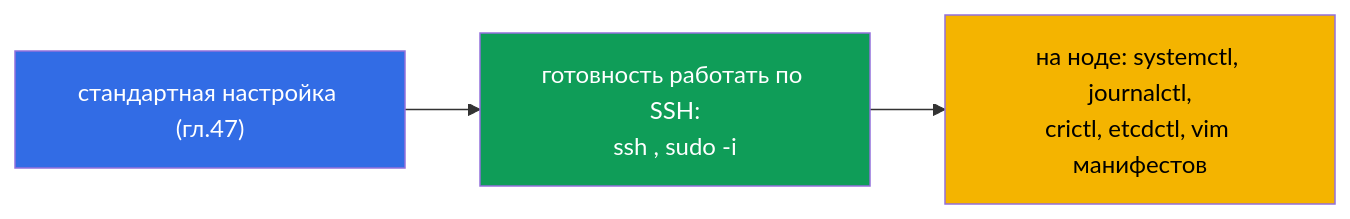
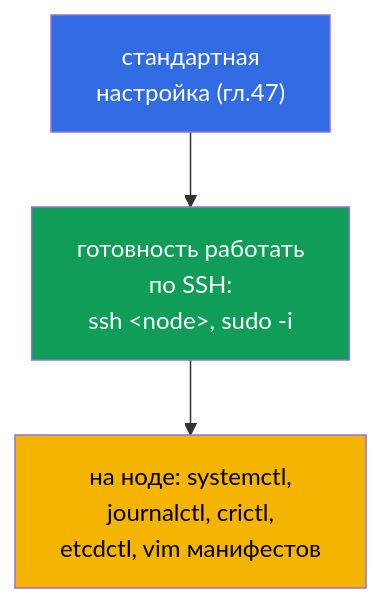
One commit to ViktorUJ/cks changed the third of 8 diagrams in tasks/cka/course/48/ru.md. Above: the diagram before and after it, drawn with Mermaid. The commit also changed other lines of this file and 30 other files, not shown here.

````diff
--- a/tasks/cka/course/48/ru.md
+++ b/tasks/cka/course/48/ru.md
@@ -76,8 +73,8 @@
 ```mermaid
-flowchart LR
-    env["стандартная настройка (гл.47)"] --> ssh["готовность работать по SSH:<br>ssh <node>, sudo -i"]
-    ssh --> tools["на ноде: systemctl, journalctl,<br>crictl, etcdctl, vim манифестов"]
+flowchart TB
+    env["стандартная<br>настройка (гл.47)"] --> ssh["готовность работать<br>по SSH:<br>ssh &lt;node&gt;, sudo -i"]
+    ssh --> tools["на ноде: systemctl,<br>journalctl, crictl,<br>etcdctl, vim манифестов"]
     style env fill:#326ce5,color:#fff
     style ssh fill:#0f9d58,color:#fff
     style tools fill:#f4b400,color:#000
 ```
````
